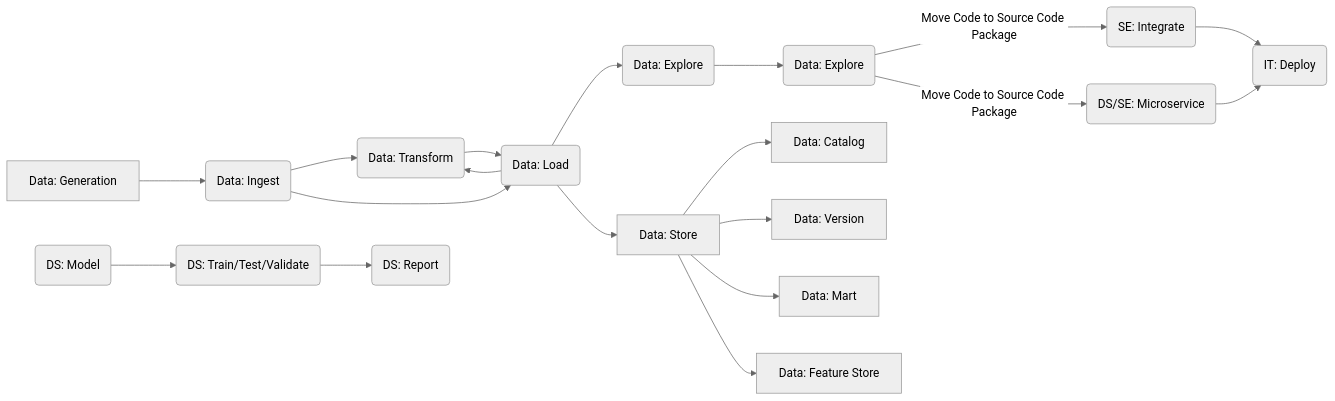
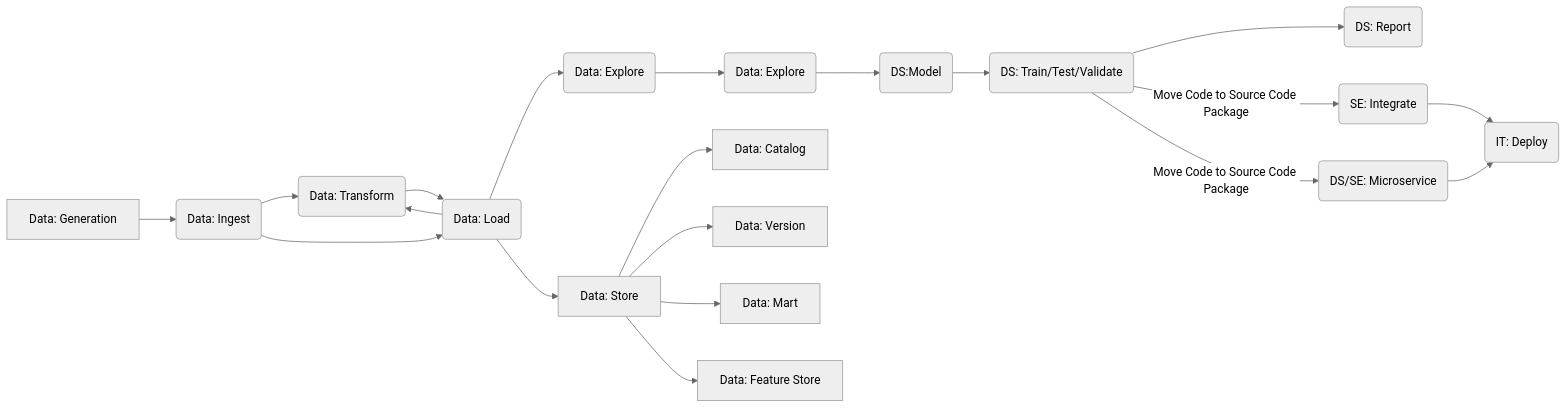
The first of 2 diagrams in docs/docs/index.md (mraarone/dsbaseline), drawn with Mermaid (neutral theme) before and after one commit.

````diff
--- a/docs/docs/index.md
+++ b/docs/docs/index.md
@@ -118,12 +118,13 @@
 ```mermaid
 flowchart LR
-    A[Data: Generation] --> B(Data: Ingest) --> C(Data: Transform) --> D(Data: Load) --> E(Data: Explore) --> F(Data: Explore) -->|Move Code to Source Code Package| O(SE: Integrate) & P(DS/SE: Microservice) --> Q(IT: Deploy)
-    G(DS: Model) --> H(DS: Train/Test/Validate) --> I(DS: Report)
+    A[Data: Generation] --> B(Data: Ingest) --> C(Data: Transform) --> D(Data: Load) --> E(Data: Explore) --> F(Data: Explore) --> G(DS:Model)
+    G --> H(DS: Train/Test/Validate) --> I(DS: Report)
+    H -->|Move Code to Source Code Package| O(SE: Integrate) & P(DS/SE: Microservice) --> Q(IT: Deploy)
     B --> D
     D --> C
     D --> J[Data: Store]
     J --> K[Data: Catalog]
     J --> L[Data: Version]
     J --> M[Data: Mart]
     J --> N[Data: Feature Store]
 ```
````
